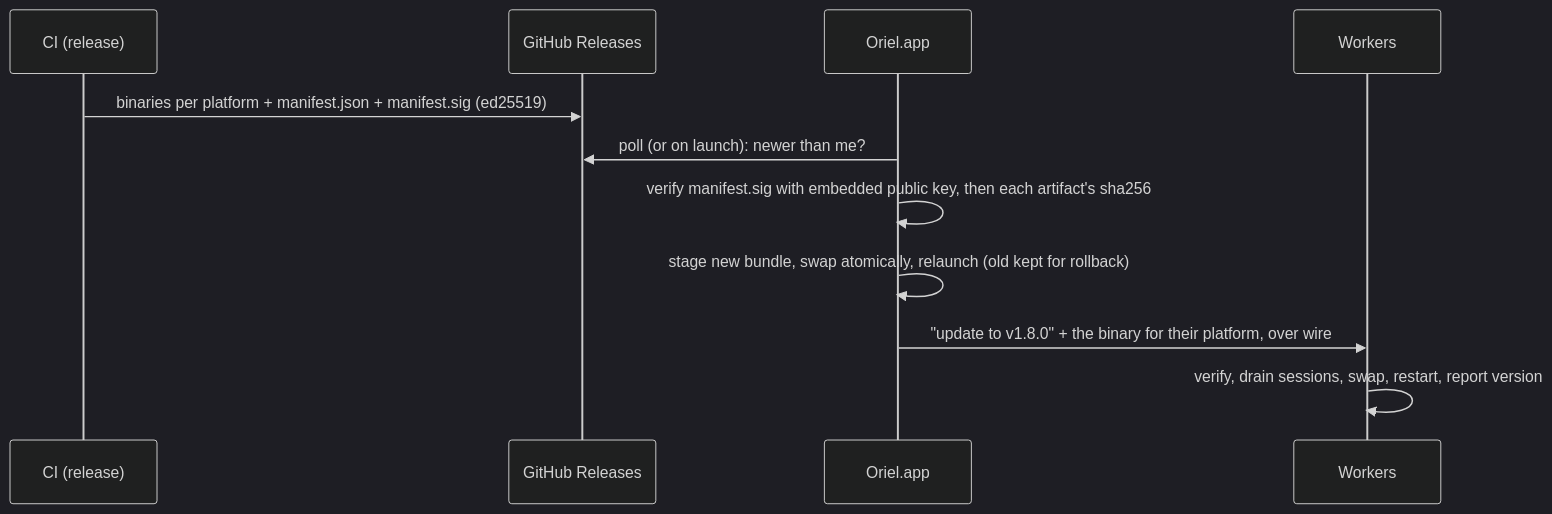
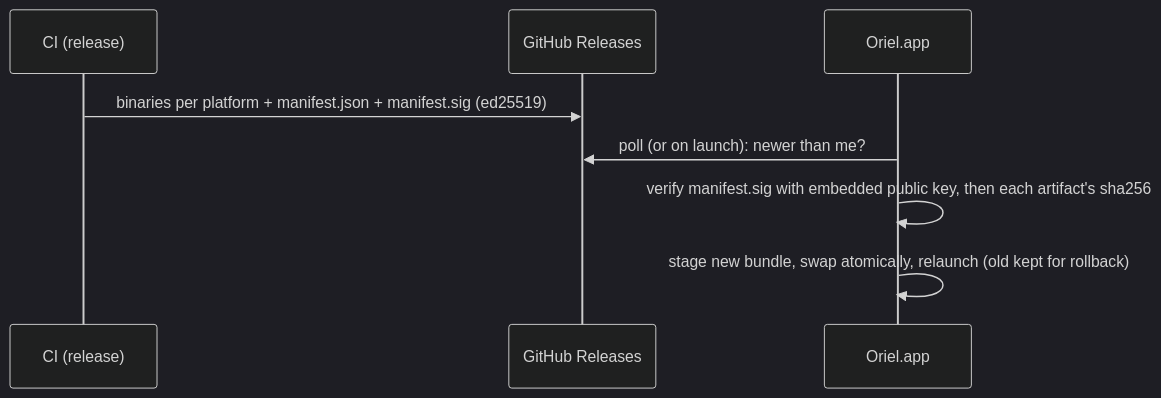
Before and after one commit to liamg/oriel: the diagram in _design/distribution.md, drawn with Mermaid (dark theme). The commit also changed other lines of this file and 339 other files, not shown here.

````diff
--- a/_design/distribution.md
+++ b/_design/distribution.md
@@ -45,13 +45,10 @@
 ```mermaid
 sequenceDiagram
   participant CI as CI (release)
   participant GH as GitHub Releases
   participant App as Oriel.app
-  participant W as Workers
   CI->>GH: binaries per platform + manifest.json + manifest.sig (ed25519)
   App->>GH: poll (or on launch): newer than me?
   App->>App: verify manifest.sig with embedded public key, then each artifact's sha256
   App->>App: stage new bundle, swap atomically, relaunch (old kept for rollback)
-  App->>W: "update to v1.8.0" + the binary for their platform, over wire
-  W->>W: verify, drain sessions, swap, restart, report version
 ```
````
